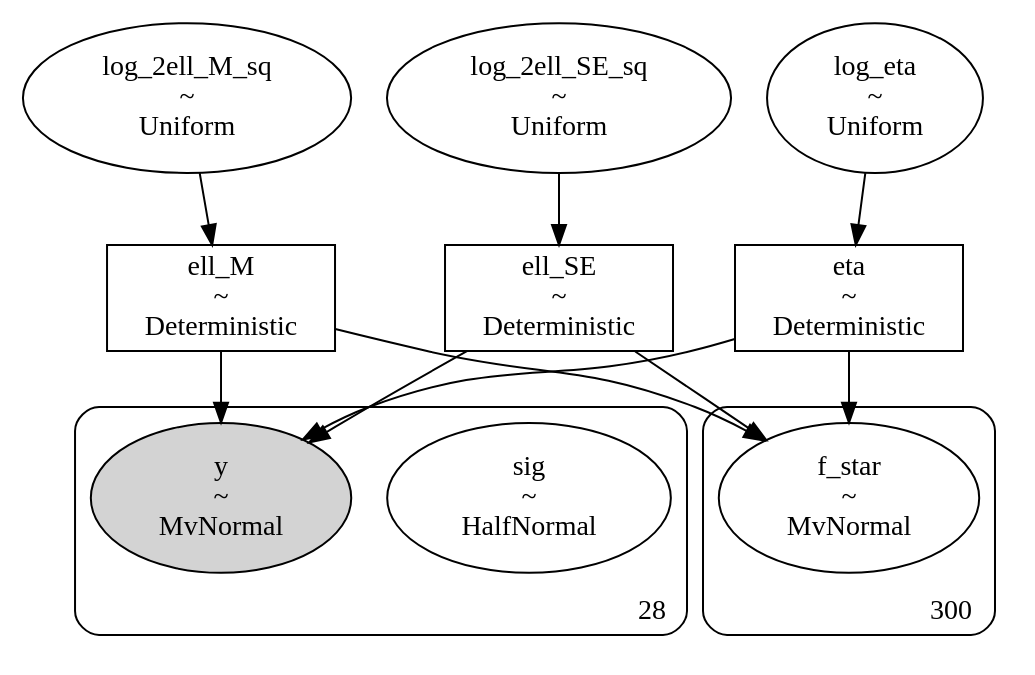
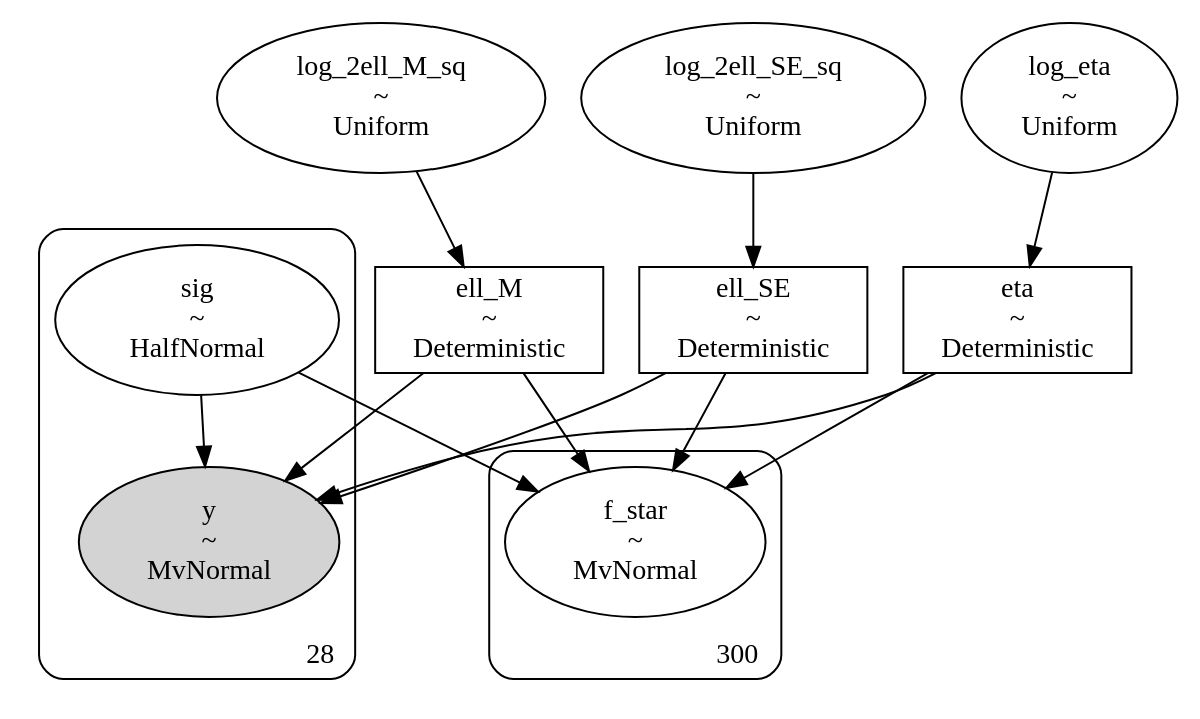
One commit to shihchingfu/gp-sandbox-thunderkat changed the diagram in dags/80_ra271.352_dec-29.642_MAXIJ1803TraPDB_andersson_sexm32_dag.dot. Above: the diagram before and after it, drawn with Graphviz. The commit also changed 12 other files, not shown here.

```diff
--- a/dags/80_ra271.352_dec-29.642_MAXIJ1803TraPDB_andersson_sexm32_dag.dot
+++ b/dags/80_ra271.352_dec-29.642_MAXIJ1803TraPDB_andersson_sexm32_dag.dot
@@ -1,44 +1,46 @@
 digraph {
+	ell_SE [label="ell_SE
+~
+Deterministic" shape=box]
+	eta [label="eta
+~
+Deterministic" shape=box]
+	log_2ell_M_sq [label="log_2ell_M_sq
+~
+Uniform" shape=ellipse]
+	log_2ell_SE_sq [label="log_2ell_SE_sq
+~
+Uniform" shape=ellipse]
 	ell_M [label="ell_M
 ~
 Deterministic" shape=box]
 	log_eta [label="log_eta
 ~
 Uniform" shape=ellipse]
-	log_2ell_M_sq [label="log_2ell_M_sq
-~
-Uniform" shape=ellipse]
-	ell_SE [label="ell_SE
-~
-Deterministic" shape=box]
-	log_2ell_SE_sq [label="log_2ell_SE_sq
-~
-Uniform" shape=ellipse]
-	eta [label="eta
-~
-Deterministic" shape=box]
 	subgraph cluster28 {
 		sig [label="sig
 ~
 HalfNormal" shape=ellipse]
 		y [label="y
 ~
 MvNormal" shape=ellipse style=filled]
 		label=28 labeljust=r labelloc=b style=rounded
 	}
 	subgraph cluster300 {
 		f_star [label="f_star
 ~
 MvNormal" shape=ellipse]
 		label=300 labeljust=r labelloc=b style=rounded
 	}
 	log_2ell_SE_sq -> ell_SE
 	log_2ell_M_sq -> ell_M
 	log_eta -> eta
+	sig -> y
+	ell_SE -> y
 	eta -> y
 	ell_M -> y
-	ell_SE -> y
+	sig -> f_star
+	ell_SE -> f_star
 	eta -> f_star
 	ell_M -> f_star
-	ell_SE -> f_star
 }
```
